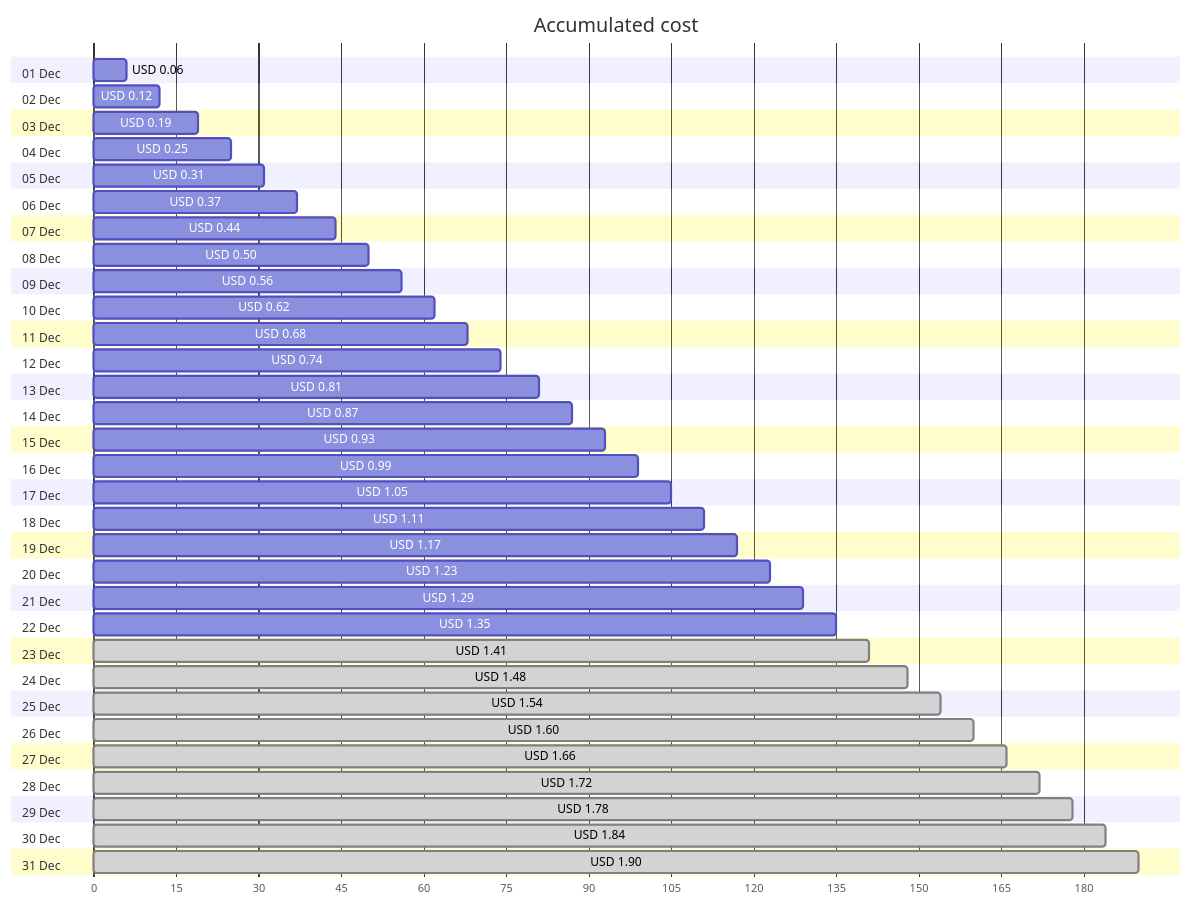
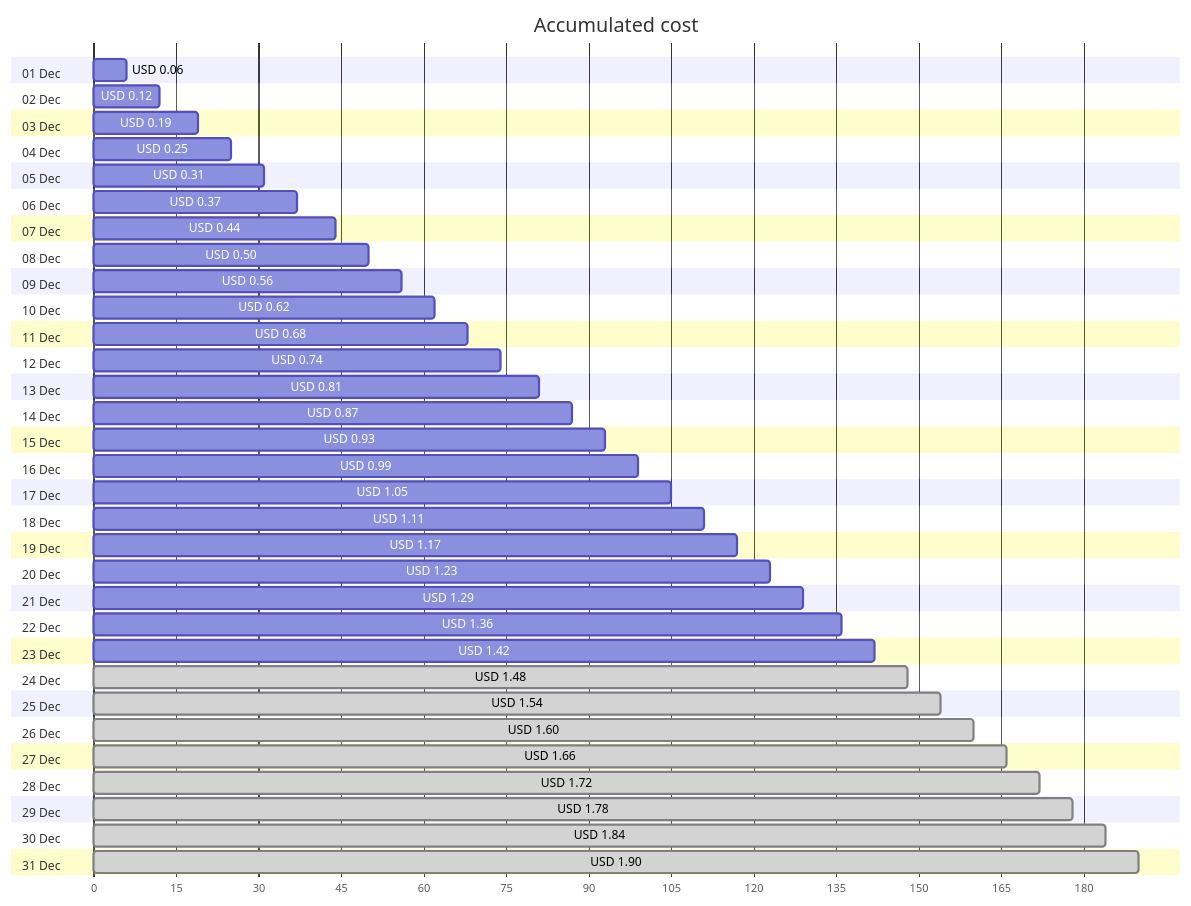
The first of 4 diagrams in cost-reports/personal-network/backup-server_OsDisk.md (jpfulton/azure-personal-reports), drawn with Mermaid before and after one commit. The commit also changed other lines of this file and 8 other files, not shown here.

````diff
--- a/cost-reports/personal-network/backup-server_OsDisk.md
+++ b/cost-reports/personal-network/backup-server_OsDisk.md
@@ -20,68 +20,68 @@
 ```mermaid
 gantt
    title Accumulated cost
    dateFormat  X
    axisFormat %s
    section 01 Dec
    USD 0.06 :0, 6
    section 02 Dec
    USD 0.12 :0, 12
    section 03 Dec
    USD 0.19 :0, 19
    section 04 Dec
    USD 0.25 :0, 25
    section 05 Dec
    USD 0.31 :0, 31
    section 06 Dec
    USD 0.37 :0, 37
    section 07 Dec
    USD 0.44 :0, 44
    section 08 Dec
    USD 0.50 :0, 50
    section 09 Dec
    USD 0.56 :0, 56
    section 10 Dec
    USD 0.62 :0, 62
    section 11 Dec
    USD 0.68 :0, 68
    section 12 Dec
    USD 0.74 :0, 74
    section 13 Dec
    USD 0.81 :0, 81
    section 14 Dec
    USD 0.87 :0, 87
    section 15 Dec
    USD 0.93 :0, 93
    section 16 Dec
    USD 0.99 :0, 99
    section 17 Dec
    USD 1.05 :0, 105
    section 18 Dec
    USD 1.11 :0, 111
    section 19 Dec
    USD 1.17 :0, 117
    section 20 Dec
    USD 1.23 :0, 123
    section 21 Dec
    USD 1.29 :0, 129
    section 22 Dec
-   USD 1.35 :0, 135
+   USD 1.36 :0, 136
    section 23 Dec
-   USD 1.41 : done, 0, 141
+   USD 1.42 :0, 142
    section 24 Dec
    USD 1.48 : done, 0, 148
    section 25 Dec
    USD 1.54 : done, 0, 154
    section 26 Dec
    USD 1.60 : done, 0, 160
    section 27 Dec
    USD 1.66 : done, 0, 166
    section 28 Dec
    USD 1.72 : done, 0, 172
    section 29 Dec
    USD 1.78 : done, 0, 178
    section 30 Dec
    USD 1.84 : done, 0, 184
    section 31 Dec
    USD 1.90 : done, 0, 190
 ```
````
